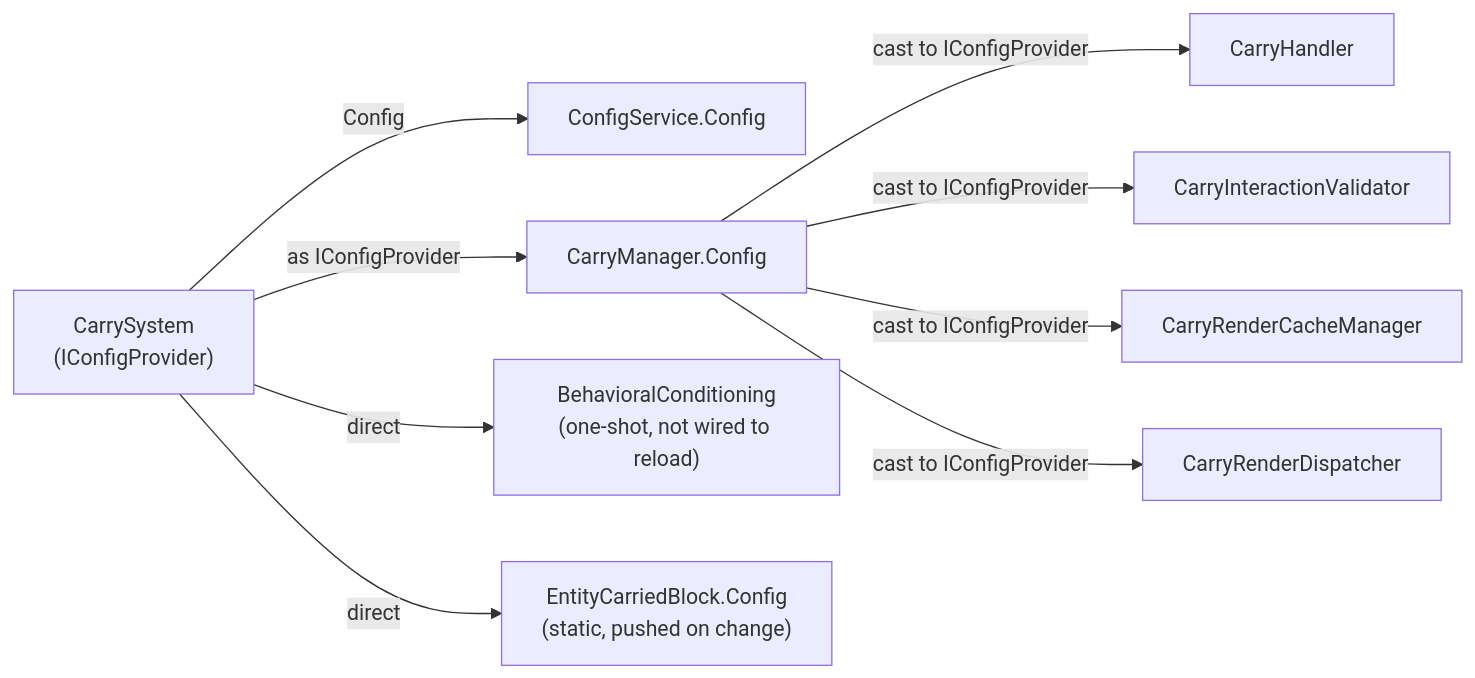
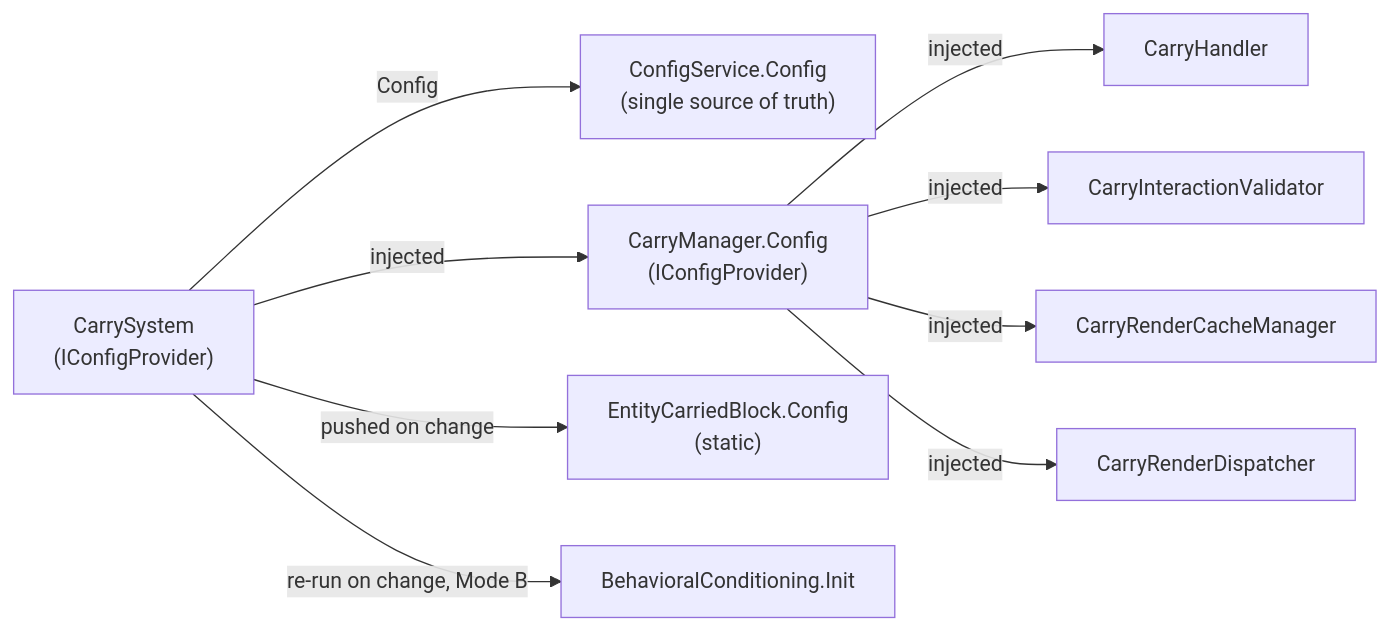
Before and after one commit to NerdScurvy/CarryOn: the fourth of 7 diagrams in docs/technical-overview/config-initialization-and-flow.md, drawn with Mermaid. The commit also changed other lines of this file and 392 other files, not shown here.

````diff
--- a/docs/technical-overview/config-initialization-and-flow.md
+++ b/docs/technical-overview/config-initialization-and-flow.md
@@ -164,12 +267,12 @@
 ```mermaid
 flowchart LR
     cs["CarrySystem<br>(IConfigProvider)"]
-    cs -->|Config| csc["ConfigService.Config"]
-    cs -->|as IConfigProvider| cm["CarryManager.Config"]
-    cm -->|cast to IConfigProvider| ch["CarryHandler"]
-    cm -->|cast to IConfigProvider| cv["CarryInteractionValidator"]
-    cm -->|cast to IConfigProvider| rcm["CarryRenderCacheManager"]
-    cm -->|cast to IConfigProvider| rd["CarryRenderDispatcher"]
-    cs -->|direct| bc["BehavioralConditioning<br>(one-shot, not wired to reload)"]
-    cs -->|direct| ecb["EntityCarriedBlock.Config<br>(static, pushed on change)"]
+    cs -->|Config| csc["ConfigService.Config<br>(single source of truth)"]
+    cs -->|injected| cm["CarryManager.Config<br>(IConfigProvider)"]
+    cm -->|injected| ch["CarryHandler"]
+    cm -->|injected| cv["CarryInteractionValidator"]
+    cm -->|injected| rcm["CarryRenderCacheManager"]
+    cm -->|injected| rd["CarryRenderDispatcher"]
+    cs -->|pushed on change| ecb["EntityCarriedBlock.Config<br>(static)"]
+    cs -->|re-run on change, Mode B| bc["BehavioralConditioning.Init"]
 ```
````
